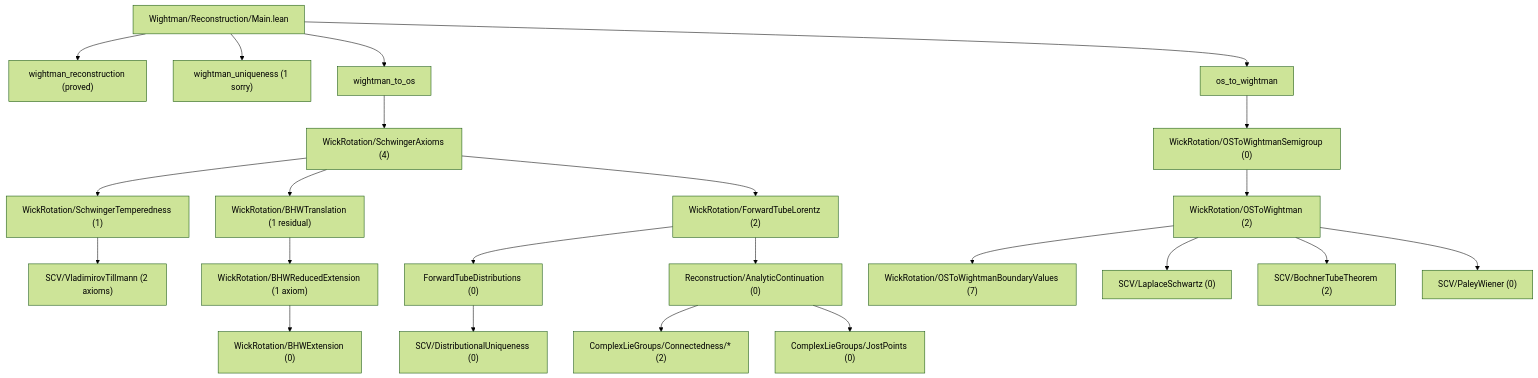
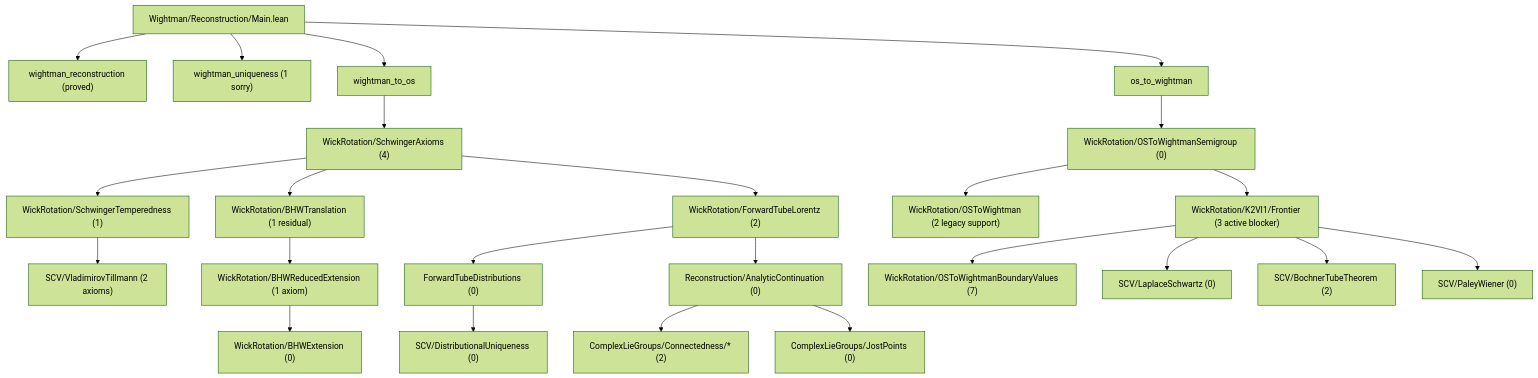
The diagram in README.md (xiyin137/OSreconstruction), drawn with Mermaid (forest theme) before and after one commit. The commit also changed other lines of this file, not shown here.

Commit message:
docs: refresh README blocker map

````diff
--- a/README.md
+++ b/README.md
@@ -230,28 +209,29 @@
 ```mermaid
 flowchart TD
   M["Wightman/Reconstruction/Main.lean"]
   M --> WR["wightman_reconstruction (proved)"]
   M --> WU["wightman_uniqueness (1 sorry)"]
   M --> RE["wightman_to_os"]
   M --> ER["os_to_wightman"]
 
   RE --> SA["WickRotation/SchwingerAxioms (4)"]
   SA --> ST["WickRotation/SchwingerTemperedness (1)"]
   ST --> VT["SCV/VladimirovTillmann (2 axioms)"]
   SA --> BT["WickRotation/BHWTranslation (1 residual)"]
   BT --> BR["WickRotation/BHWReducedExtension (1 axiom)"]
   BR --> BE["WickRotation/BHWExtension (0)"]
   SA --> FL["WickRotation/ForwardTubeLorentz (2)"]
   FL --> FTD["ForwardTubeDistributions (0)"]
   FTD --> DU["SCV/DistributionalUniqueness (0)"]
   FL --> AC["Reconstruction/AnalyticContinuation (0)"]
   AC --> CL["ComplexLieGroups/Connectedness/* (2)"]
   AC --> JP["ComplexLieGroups/JostPoints (0)"]
 
   ER --> OWS["WickRotation/OSToWightmanSemigroup (0)"]
-  OWS --> OWC["WickRotation/OSToWightman (2)"]
-  OWC --> OWB["WickRotation/OSToWightmanBoundaryValues (7)"]
-  OWC --> LS["SCV/LaplaceSchwartz (0)"]
-  OWC --> BO["SCV/BochnerTubeTheorem (2)"]
-  OWC --> PW["SCV/PaleyWiener (0)"]
+  OWS --> OWC["WickRotation/OSToWightman (2 legacy support)"]
+  OWS --> K2["WickRotation/K2VI1/Frontier (3 active blocker)"]
+  K2 --> OWB["WickRotation/OSToWightmanBoundaryValues (7)"]
+  K2 --> LS["SCV/LaplaceSchwartz (0)"]
+  K2 --> BO["SCV/BochnerTubeTheorem (2)"]
+  K2 --> PW["SCV/PaleyWiener (0)"]
 ```
````
